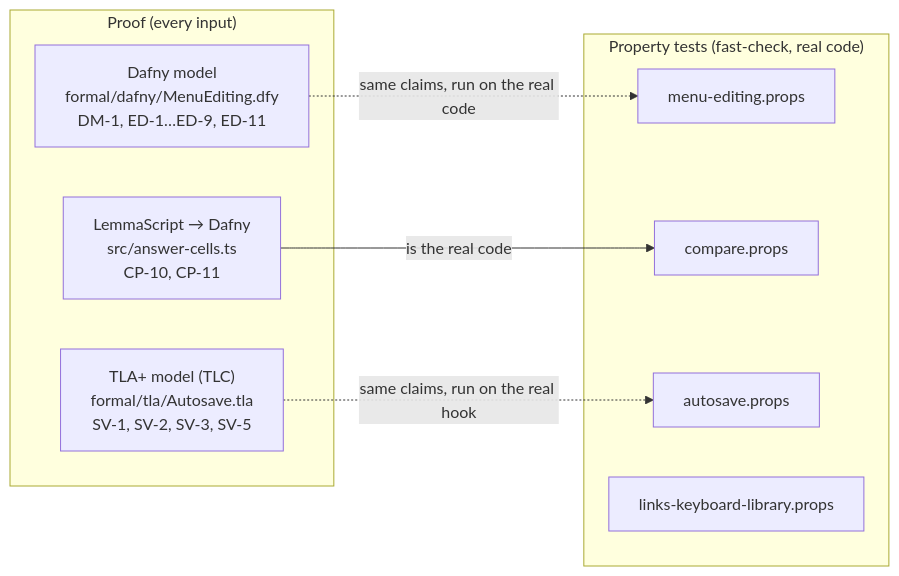
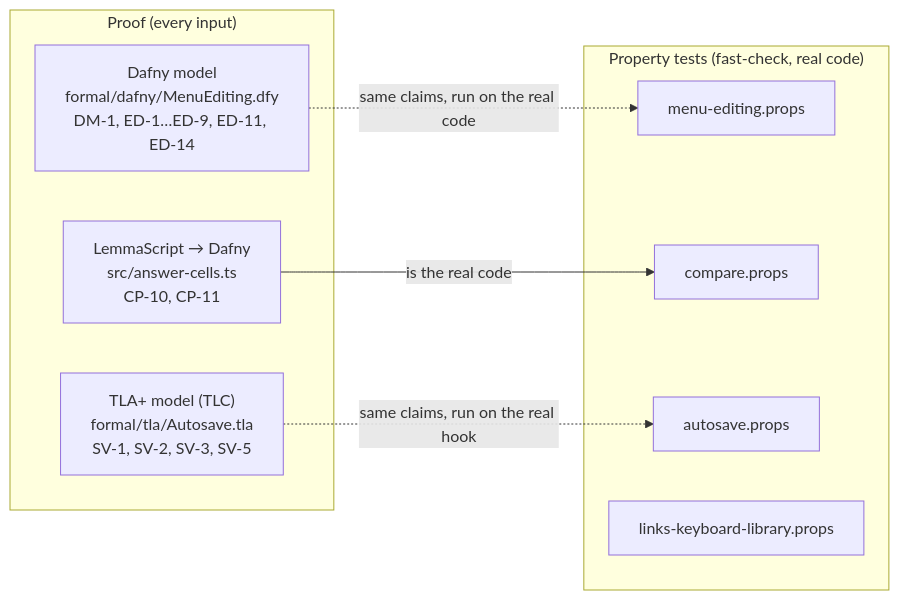
One commit to robotoer/relationship-menu changed the seventh of 7 diagrams in docs/spec/README.md. Above: the diagram before and after it, drawn with Mermaid. The commit also changed other lines of this file and 30 other files, not shown here.

````diff
--- a/docs/spec/README.md
+++ b/docs/spec/README.md
@@ -311,17 +317,17 @@
 ```mermaid
 flowchart LR
   subgraph Proved ["Proof (every input)"]
     LS["LemmaScript → Dafny<br/>src/answer-cells.ts<br/>CP-10, CP-11"]
-    DF["Dafny model<br/>formal/dafny/MenuEditing.dfy<br/>DM-1, ED-1…ED-9, ED-11"]
+    DF["Dafny model<br/>formal/dafny/MenuEditing.dfy<br/>DM-1, ED-1…ED-9, ED-11, ED-14"]
     TL["TLA+ model (TLC)<br/>formal/tla/Autosave.tla<br/>SV-1, SV-2, SV-3, SV-5"]
   end
   subgraph Prop ["Property tests (fast-check, real code)"]
     PE[menu-editing.props]
     PC[compare.props]
     PA[autosave.props]
     PL[links-keyboard-library.props]
   end
   DF -. same claims, run on the real code .-> PE
   TL -. same claims, run on the real hook .-> PA
   LS -- "is the real code" --> PC
 ```
````
